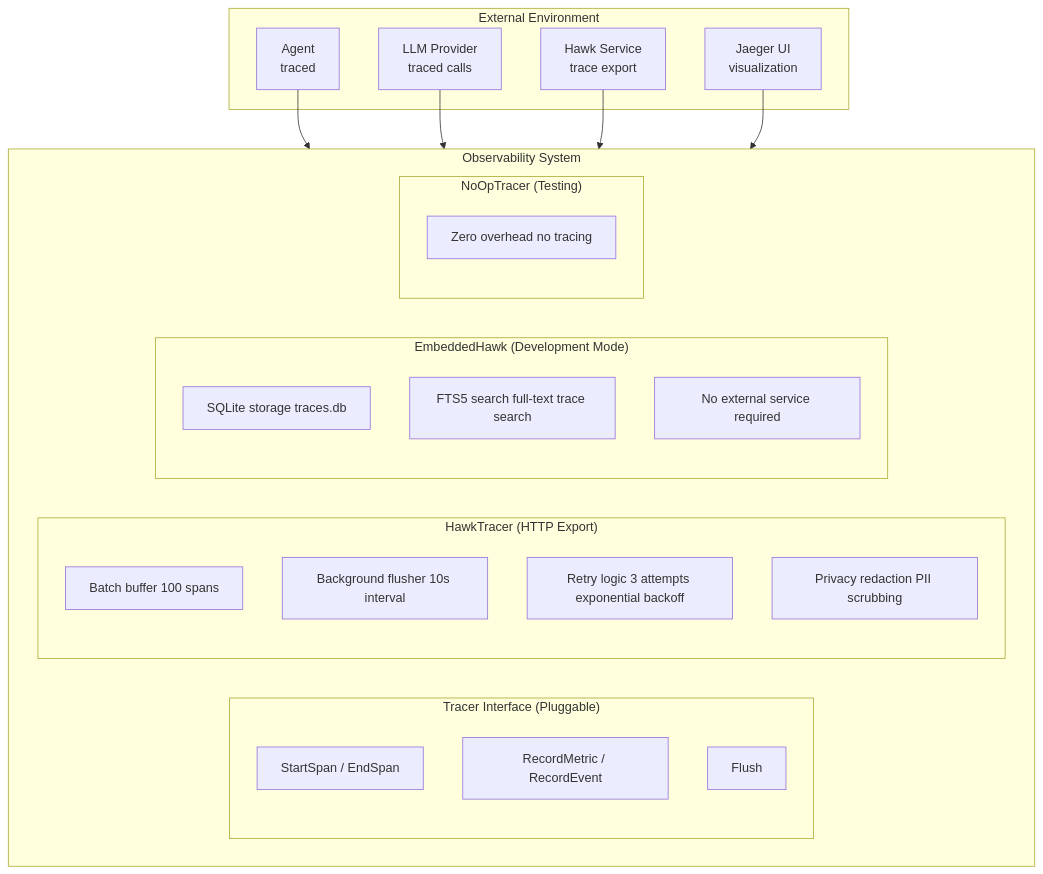
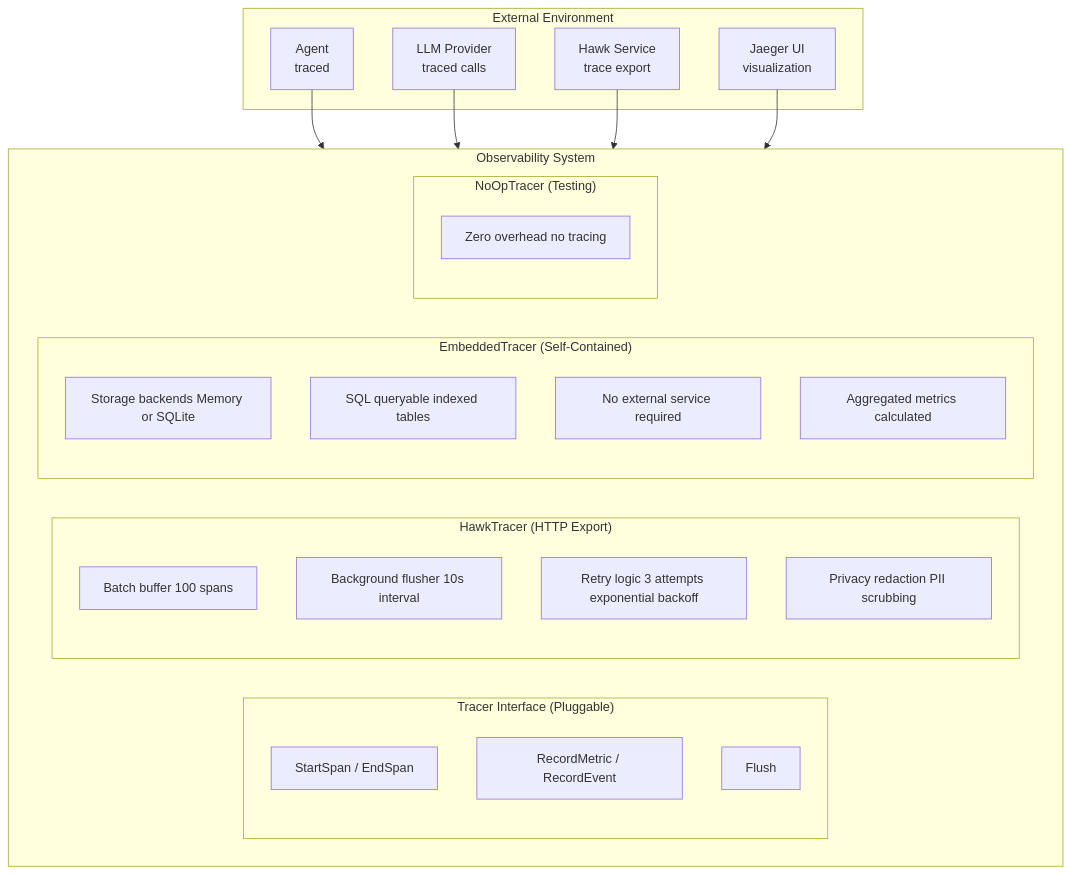
Before and after one commit to gimbaphero/loom: the diagram in docs/architecture/observability.md, drawn with Mermaid. The commit also changed other lines of this file and 24 other files, not shown here.

First line of the commit message:
Remove Hawk dependency: Implement self-contained observability storage (#47)

````diff
--- a/docs/architecture/observability.md
+++ b/docs/architecture/observability.md
@@ -77,39 +82,40 @@
 ```mermaid
 graph TB
     subgraph External["External Environment"]
         Agent[Agent<br/>traced]
         LLM[LLM Provider<br/>traced calls]
         HawkService[Hawk Service<br/>trace export]
         JaegerUI[Jaeger UI<br/>visualization]
     end
 
     subgraph ObsSystem["Observability System"]
         subgraph TracerInterface["Tracer Interface (Pluggable)"]
             TI1[StartSpan / EndSpan]
             TI2[RecordMetric / RecordEvent]
             TI3[Flush]
         end
 
         subgraph HawkTracer["HawkTracer (HTTP Export)"]
             HT1[Batch buffer 100 spans]
             HT2[Background flusher 10s interval]
             HT3[Retry logic 3 attempts exponential backoff]
             HT4[Privacy redaction PII scrubbing]
         end
 
-        subgraph EmbeddedHawk["EmbeddedHawk (Development Mode)"]
-            EH1[SQLite storage traces.db]
-            EH2[FTS5 search full-text trace search]
-            EH3[No external service required]
+        subgraph EmbeddedTracer["EmbeddedTracer (Self-Contained)"]
+            ET1[Storage backends Memory or SQLite]
+            ET2[SQL queryable indexed tables]
+            ET3[No external service required]
+            ET4[Aggregated metrics calculated]
         end
 
         subgraph NoOpTracer["NoOpTracer (Testing)"]
             NO1[Zero overhead no tracing]
         end
     end
 
     Agent --> ObsSystem
     LLM --> ObsSystem
     HawkService --> ObsSystem
     JaegerUI --> ObsSystem
 ```
````
